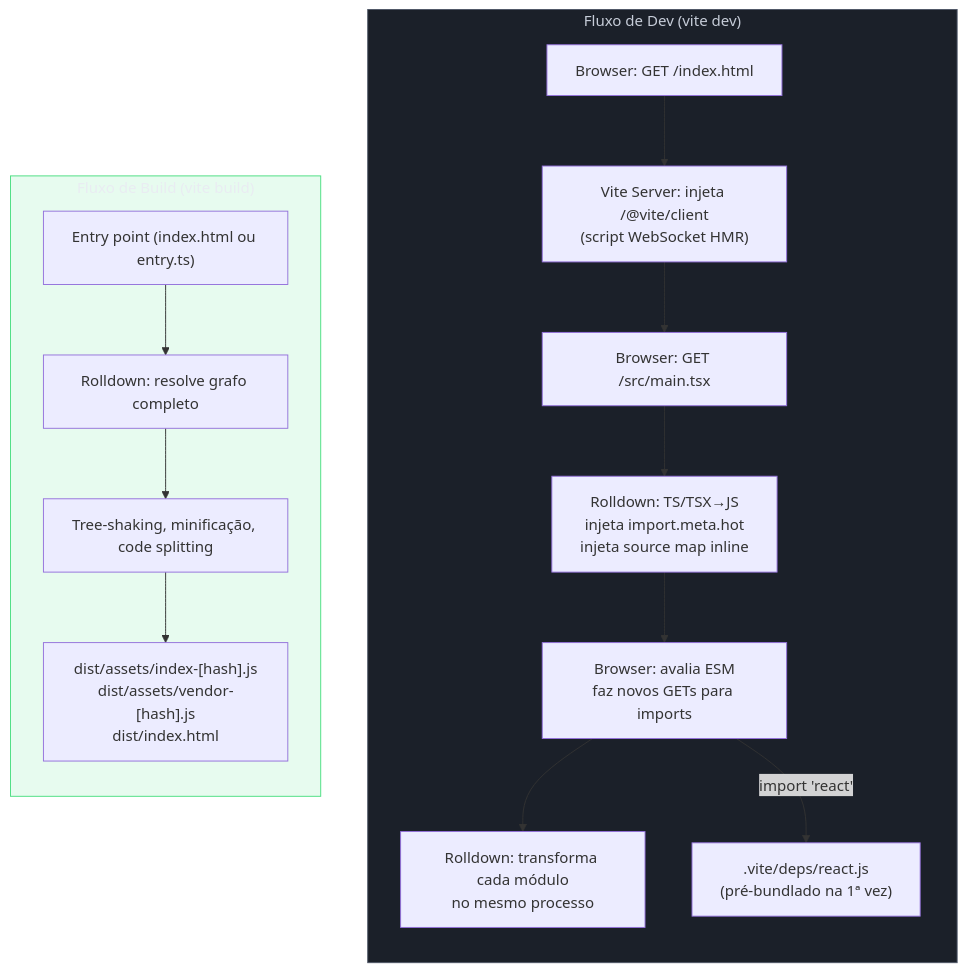
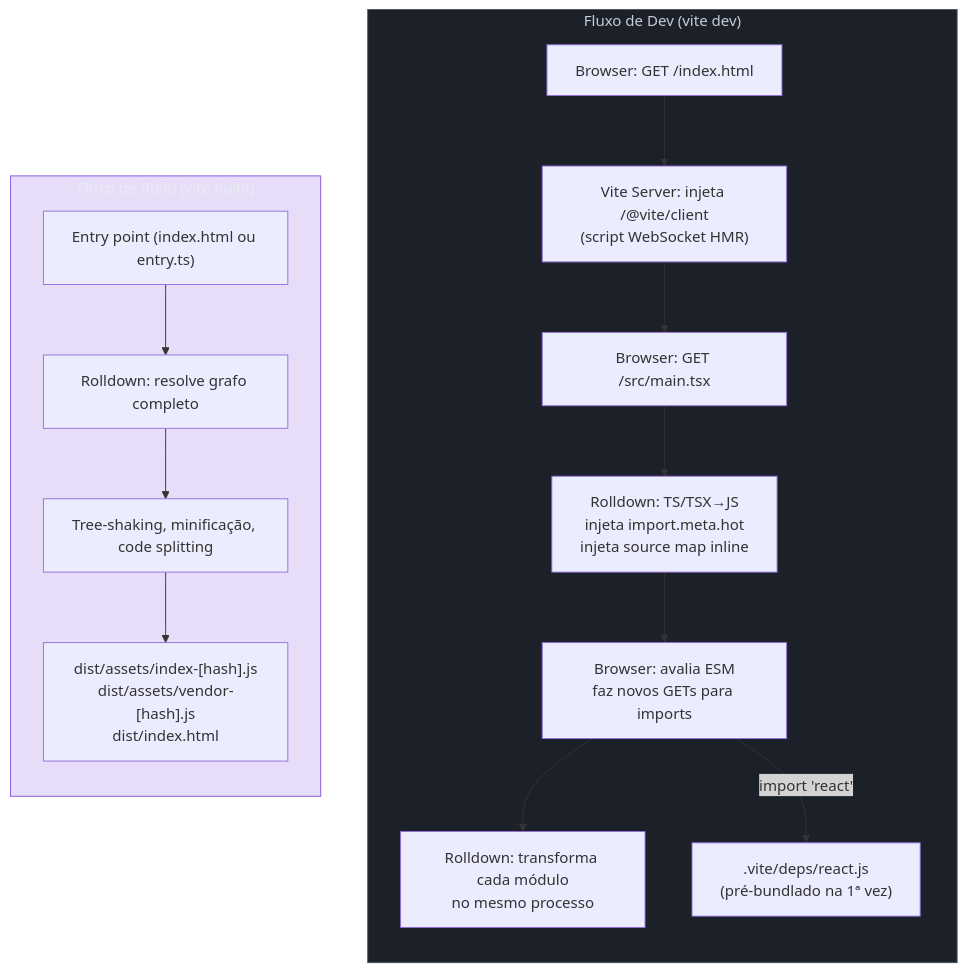
One commit to josenaldo/codex-technomanticus changed the third of 9 diagrams in 03-Dominios/Tecnologia/Tooling e Build/13 - Vite a fundo.md. Above: the diagram before and after it, drawn with Mermaid. The commit also changed other lines of this file and 601 other files, not shown here.

````diff
--- a/03-Dominios/Tecnologia/Tooling e Build/13 - Vite a fundo.md
+++ b/03-Dominios/Tecnologia/Tooling e Build/13 - Vite a fundo.md
@@ -148,31 +146,31 @@
 ```mermaid
 flowchart TD
+    classDef marca fill:#8855DF33,stroke:#8855DF,color:#E9ECF2
     classDef neutro fill:#1B2029,stroke:#4E5666,color:#C6CCD8
-    classDef ok fill:#4ADE8021,stroke:#4ADE80,color:#E9ECF2
     subgraph DEV_FLOW["Fluxo de Dev (vite dev)"]
         direction TB
         A["Browser: GET /index.html"]
         B["Vite Server: injeta /@vite/client\n(script WebSocket HMR)"]
         C["Browser: GET /src/main.tsx"]
         D["Rolldown: TS/TSX→JS\ninjeta import.meta.hot\ninjeta source map inline"]
         E["Browser: avalia ESM\nfaz novos GETs para imports"]
         F["Rolldown: transforma cada módulo\nno mesmo processo"]
         G[".vite/deps/react.js\n(pré-bundlado na 1ª vez)"]
 
         A --> B --> C --> D --> E --> F
         E -->|import 'react'| G
     end
 
     subgraph BUILD_FLOW["Fluxo de Build (vite build)"]
         direction TB
         H["Entry point (index.html ou entry.ts)"]
         I["Rolldown: resolve grafo completo"]
         J["Tree-shaking, minificação, code splitting"]
         K["dist/assets/index-[hash].js\ndist/assets/vendor-[hash].js\ndist/index.html"]
 
         H --> I --> J --> K
     end
 
     class DEV_FLOW neutro
-    class BUILD_FLOW ok
+    class BUILD_FLOW marca
 ```
````
